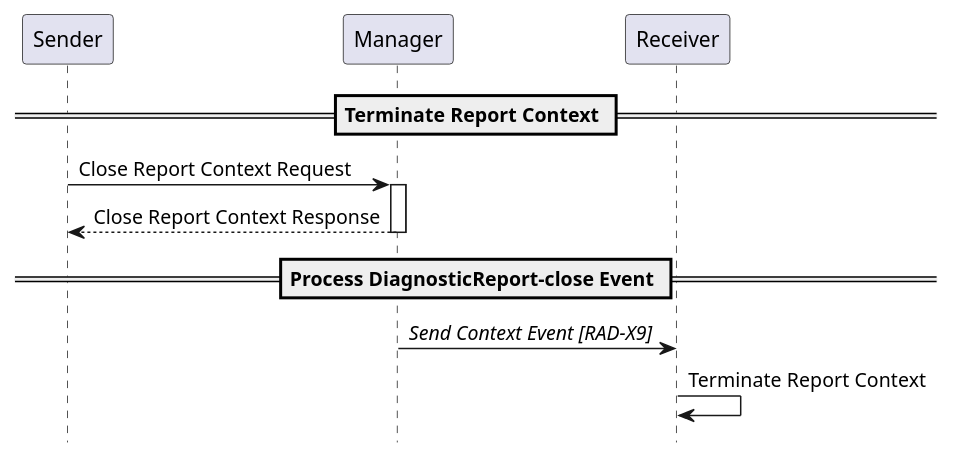
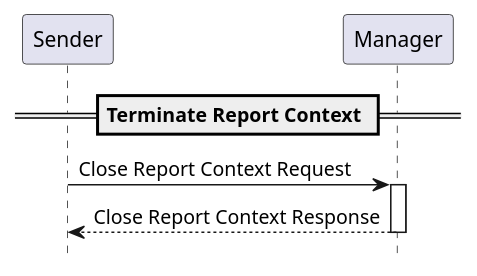
Before and after one commit to IHE/RAD.IRA: the diagram in input/images-source/rad-x4-seq.plantuml, drawn with PlantUML. The commit also changed 3 other files, not shown here.

```diff
--- a/input/images-source/rad-x4-seq.plantuml
+++ b/input/images-source/rad-x4-seq.plantuml
@@ -1,20 +1,15 @@
 @startuml
 
 hide footbox
 
 participant "Sender" as Sender
 participant "Manager" as Manager
-participant "Receiver" as Receiver
 
 == Terminate Report Context ==
 
 Sender->Manager: Close Report Context Request
 activate Manager
 Manager-->Sender: Close Report Context Response
 deactivate Manager
 
-== Process DiagnosticReport-close Event ==
-Manager->Receiver: //Send Context Event [RAD-X9]//
-Receiver->Receiver: Terminate Report Context
-
 @enduml
```
